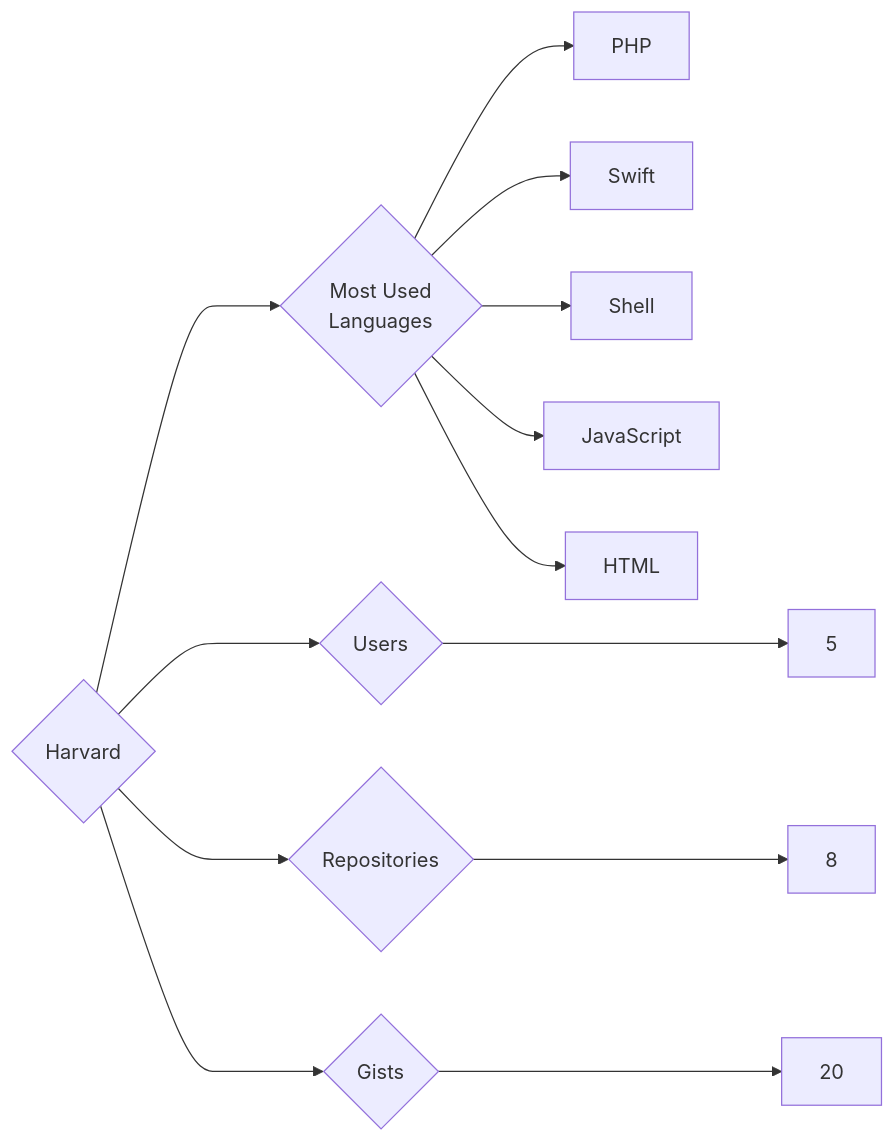
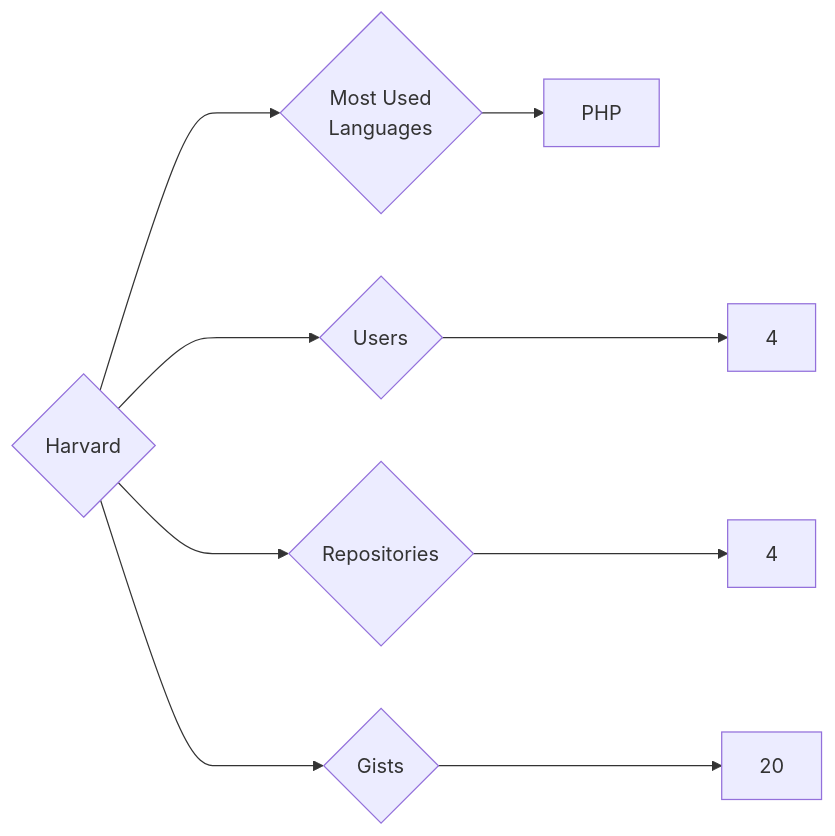
The diagram in targets/Harvard/README.md (trickest/insiders), drawn with Mermaid before and after one commit. The commit also changed 985 other files, not shown here.

````diff
--- a/targets/Harvard/README.md
+++ b/targets/Harvard/README.md
@@ -3,13 +3,9 @@
 ```mermaid
 graph LR
 COMPANY_NAME{Harvard}
-COMPANY_NAME ---> U{Users} ---> UN[5]
-COMPANY_NAME ---> R{Repositories} ---> RN[8]
+COMPANY_NAME ---> U{Users} ---> UN[4]
+COMPANY_NAME ---> R{Repositories} ---> RN[4]
 COMPANY_NAME ---> G{Gists} ---> GN[20]
 COMPANY_NAME ---> ML{Most Used<br>Languages}
 ML --> PHP[PHP]
-ML --> Swift[Swift]
-ML --> Shell[Shell]
-ML --> JavaScript[JavaScript]
-ML --> HTML[HTML]
 ```
````
